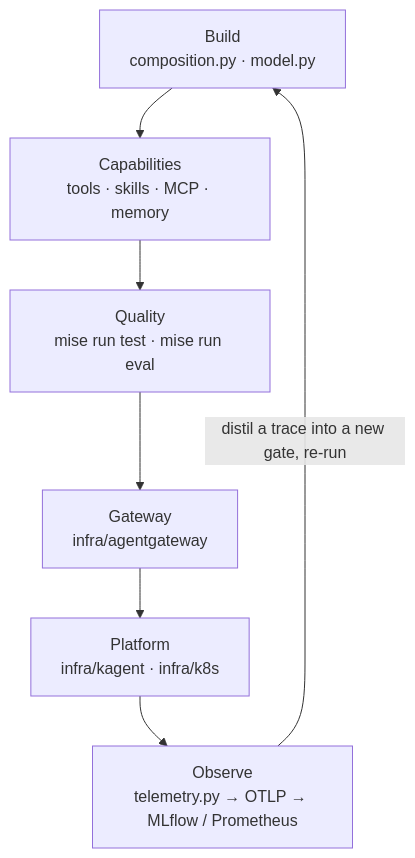
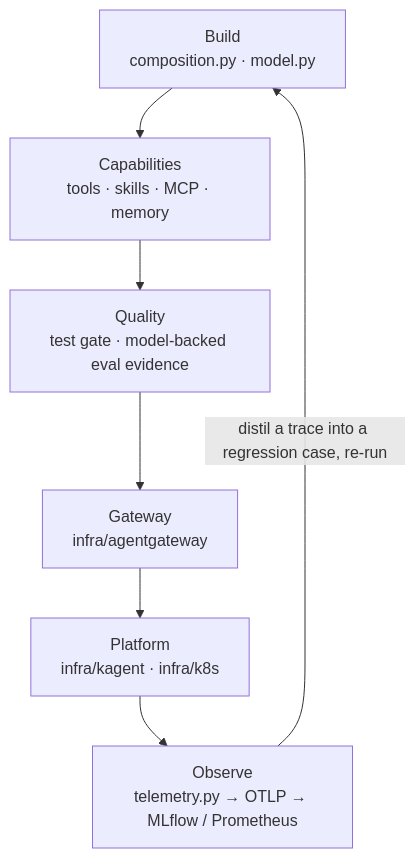
Before and after one commit to LuiGGi629/agentops-open-course: the second of 2 diagrams in docs/0. Overview/0.2. AgentOps.md, drawn with Mermaid. The commit also changed other lines of this file and 58 other files, not shown here.

````diff
--- a/docs/0. Overview/0.2. AgentOps.md
+++ b/docs/0. Overview/0.2. AgentOps.md
@@ -60,11 +60,11 @@
 ```mermaid
 flowchart TD
     Build["Build<br/>composition.py · model.py"]
     Capabilities["Capabilities<br/>tools · skills · MCP · memory"]
-    Quality["Quality<br/>mise run test · mise run eval"]
+    Quality["Quality<br/>test gate · model-backed eval evidence"]
     Gateway["Gateway<br/>infra/agentgateway"]
     Platform["Platform<br/>infra/kagent · infra/k8s"]
     Observe["Observe<br/>telemetry.py → OTLP → MLflow / Prometheus"]
     Build --> Capabilities --> Quality --> Gateway --> Platform --> Observe
-    Observe -->|distil a trace into a new gate, re-run| Build
+    Observe -->|distil a trace into a regression case, re-run| Build
 ```
````
